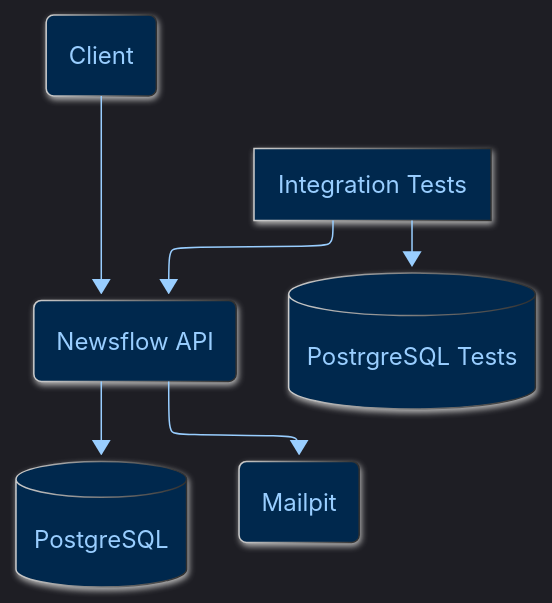
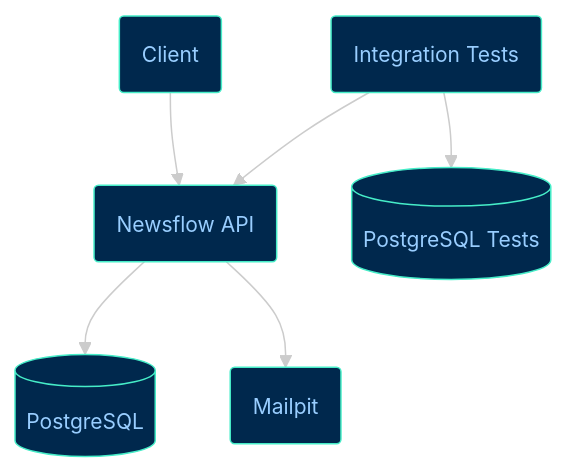
The diagram in README.md (leonardooliveira00/newsflow-api), drawn with Mermaid before and after one commit.

Commit message:
Changed styles for README.md

````diff
--- a/README.md
+++ b/README.md
@@ -36,29 +36,31 @@
 ```mermaid
 ---
 config:
-  theme: dark
-  look: neo
-  layout: elk
+  theme: neo-dark
 ---
 flowchart TB
-    Reader["Client"] -- <br> --> API["Newsflow API"]
+    Reader["Client"] --> API["Newsflow API"]
     API --> DB["PostgreSQL"] & Mail["Mailpit"]
-    Tests["Integration Tests"] --> n2["PostrgreSQL Tests"] & API
+    Tests["Integration Tests"] --> DBTests["PostgreSQL Tests"] & API
 
     Reader@{ shape: rounded}
     API@{ shape: rounded}
     DB@{ shape: db}
     Mail@{ shape: rounded}
-    n2@{ shape: db}
+    Tests@{ shape: rounded}
+    DBTests@{ shape: db}
+     Reader:::Aqua
+     API:::Aqua
+     DB:::Aqua
+     Mail:::Aqua
+     Tests:::Aqua
+     DBTests:::Aqua
+    classDef Aqua stroke-width:1px, stroke-dasharray:none, stroke:#46EDC8, fill:#DEFFF8, color:#378E7A
     style Reader fill:#00284d,color:#99ceff
     style API fill:#00284d,color:#99ceff
     style DB fill:#00284d,color:#99ceff
     style Mail fill:#00284d,color:#99ceff
     style Tests fill:#00284d,color:#99ceff
-    style n2 fill:#00284d,color:#99ceff
-    linkStyle 0 stroke:#99ceff,fill:none
-    linkStyle 1 stroke:#99ceff,fill:none
-    linkStyle 2 stroke:#99ceff,fill:none
-    linkStyle 3 stroke:#99ceff,fill:none
-    linkStyle 4 stroke:#99ceff,fill:none
+    style DBTests fill:#00284d,color:#99ceff
+
 ```
````
